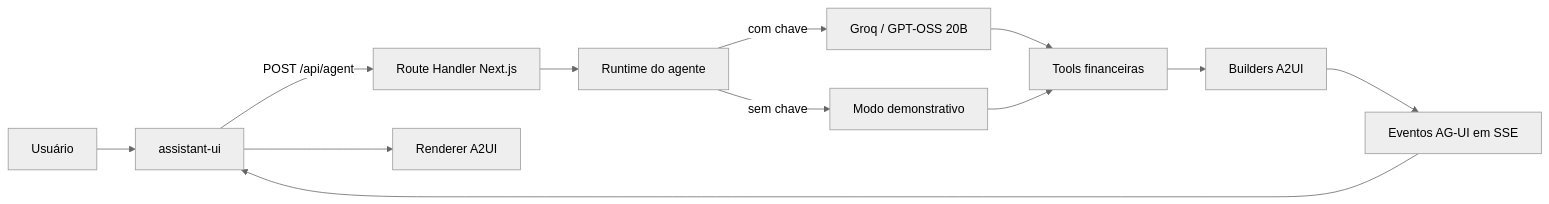
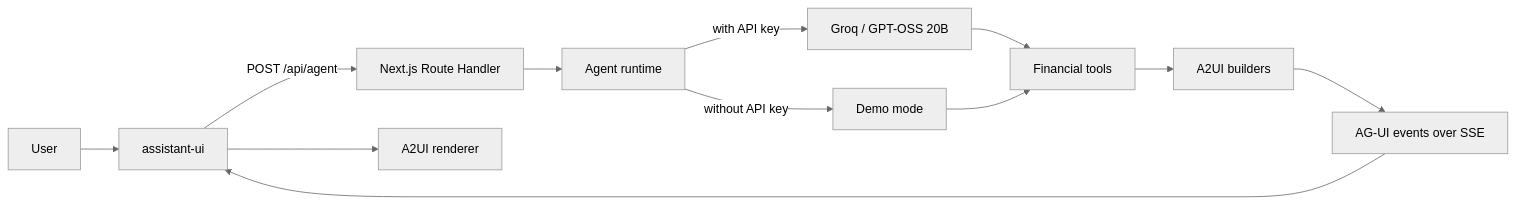
One commit to jonathabot/united-personal-finance changed the diagram in README.md. Above: the diagram before and after it, drawn with Mermaid (neutral theme). The commit also changed other lines of this file, not shown here.

Commit message:
docs: translate README and organize roadmaps

````diff
--- a/README.md
+++ b/README.md
@@ -30,14 +56,14 @@
 ```mermaid
 flowchart LR
-    U[Usuário] --> C[assistant-ui]
-    C -->|POST /api/agent| R[Route Handler Next.js]
-    R --> A[Runtime do agente]
-    A -->|com chave| G[Groq / GPT-OSS 20B]
-    A -->|sem chave| D[Modo demonstrativo]
-    G --> T[Tools financeiras]
+    U[User] --> C[assistant-ui]
+    C -->|POST /api/agent| R[Next.js Route Handler]
+    R --> A[Agent runtime]
+    A -->|with API key| G[Groq / GPT-OSS 20B]
+    A -->|without API key| D[Demo mode]
+    G --> T[Financial tools]
     D --> T
-    T --> B[Builders A2UI]
-    B --> E[Eventos AG-UI em SSE]
+    T --> B[A2UI builders]
+    B --> E[AG-UI events over SSE]
     E --> C
-    C --> V[Renderer A2UI]
+    C --> V[A2UI renderer]
 ```
````
